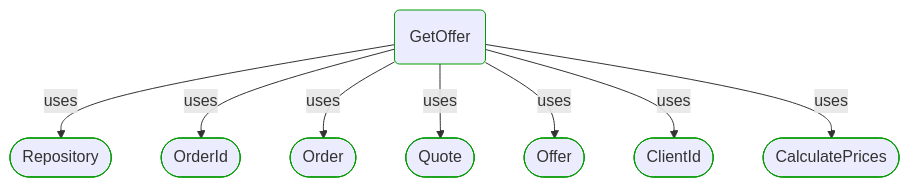
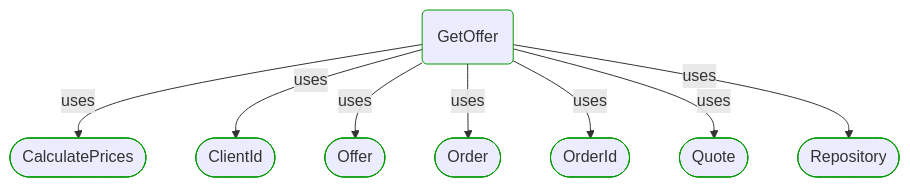
Before and after one commit to itlibrium/DDD-starter-dotnet: the second of 4 diagrams in Docs/P3/MermaidOutput/ProcessSteps/Sale/Wholesale ordering/GetOffer.md, drawn with Mermaid. The commit also changed 78 other files, not shown here.

````diff
--- a/Docs/P3/MermaidOutput/ProcessSteps/Sale/Wholesale ordering/GetOffer.md
+++ b/Docs/P3/MermaidOutput/ProcessSteps/Sale/Wholesale ordering/GetOffer.md
@@ -37,29 +37,29 @@
 ```mermaid
   flowchart TB
     0(GetOffer)
     class 0 DomainPerspective
-    1([Repository])
+    1([CalculatePrices])
     class 1 DomainPerspective
     0-->|uses|1
-    2([OrderId])
+    2([ClientId])
     class 2 DomainPerspective
     0-->|uses|2
-    3([Order])
+    3([Offer])
     class 3 DomainPerspective
     0-->|uses|3
-    4([Quote])
+    4([Order])
     class 4 DomainPerspective
     0-->|uses|4
-    5([Offer])
+    5([OrderId])
     class 5 DomainPerspective
     0-->|uses|5
-    6([ClientId])
+    6([Quote])
     class 6 DomainPerspective
     0-->|uses|6
-    7([CalculatePrices])
+    7([Repository])
     class 7 DomainPerspective
     0-->|uses|7
     classDef DomainPerspective stroke:#009900
     classDef TechnologyPerspective stroke:#1F41EB
     classDef PeoplePerspective stroke:#FFF014
 ```
````
